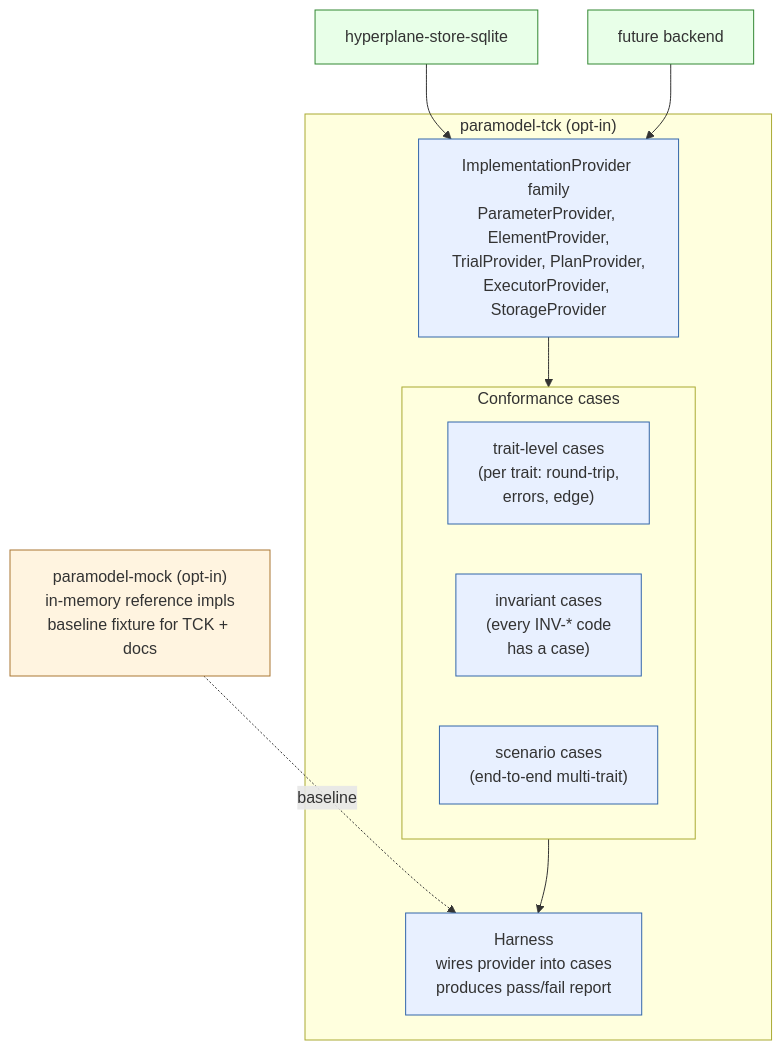
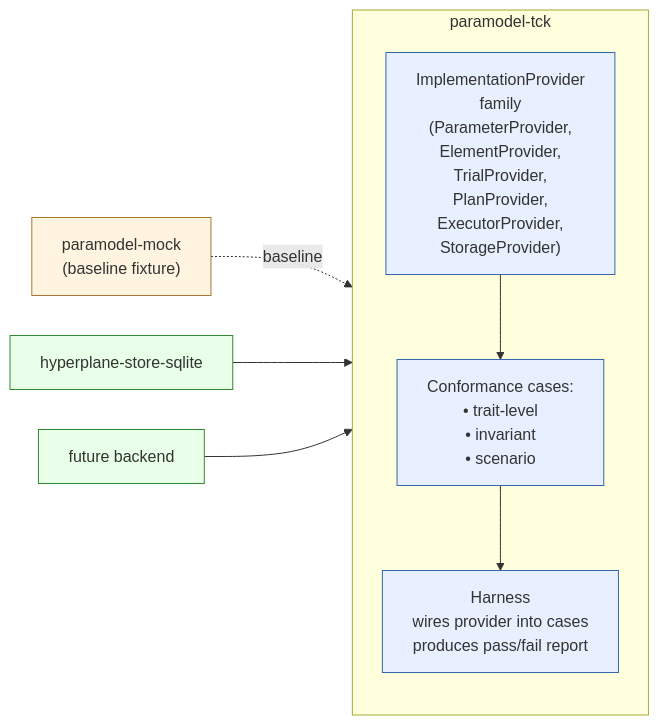
Before and after one commit to nosqlbench/hyperplane-rs: the diagram in docs/design/diagrams/SRD-0013/tck-structure.mmd, drawn with Mermaid. The commit also changed 32 other files, not shown here.

```diff
--- a/docs/design/diagrams/SRD-0013/tck-structure.mmd
+++ b/docs/design/diagrams/SRD-0013/tck-structure.mmd
@@ -1,30 +1,26 @@
 %% Copyright (c) Jonathan Shook
 %% SPDX-License-Identifier: Apache-2.0
-flowchart TB
-    subgraph TCK ["paramodel-tck (opt-in)"]
-        IP["ImplementationProvider family<br/>ParameterProvider, ElementProvider,<br/>TrialProvider, PlanProvider,<br/>ExecutorProvider, StorageProvider"]
-        subgraph Cases ["Conformance cases"]
-            Trait["trait-level cases<br/>(per trait: round-trip,<br/>errors, edge)"]
-            Inv["invariant cases<br/>(every INV-* code<br/>has a case)"]
-            Scen["scenario cases<br/>(end-to-end multi-trait)"]
-        end
+%%{init: {'flowchart': {'nodeSpacing': 40, 'rankSpacing': 60}}}%%
+flowchart LR
+    subgraph TCK ["paramodel-tck"]
+        direction TB
+        IP["ImplementationProvider<br/>family<br/>(ParameterProvider,<br/>ElementProvider,<br/>TrialProvider,<br/>PlanProvider,<br/>ExecutorProvider,<br/>StorageProvider)"]
+        Cases["Conformance cases:<br/>• trait-level<br/>• invariant<br/>• scenario"]
         Harn["Harness<br/>wires provider into cases<br/>produces pass/fail report"]
+        IP --> Cases --> Harn
     end
 
-    Mock["paramodel-mock (opt-in)<br/>in-memory reference impls<br/>baseline fixture for TCK + docs"]
-
+    Mock["paramodel-mock<br/>(baseline fixture)"]
     Adopter1["hyperplane-store-sqlite"]
     Adopter2["future backend"]
 
-    IP --> Cases
-    Cases --> Harn
     Mock -. "baseline" .-> Harn
     Adopter1 --> IP
     Adopter2 --> IP
 
     classDef tck fill:#e8f0ff,stroke:#3366aa
     classDef mock fill:#fff4e0,stroke:#aa7733
     classDef adopt fill:#e8ffe8,stroke:#338833
-    class IP,Trait,Inv,Scen,Harn tck
+    class IP,Cases,Harn tck
     class Mock mock
     class Adopter1,Adopter2 adopt
```
